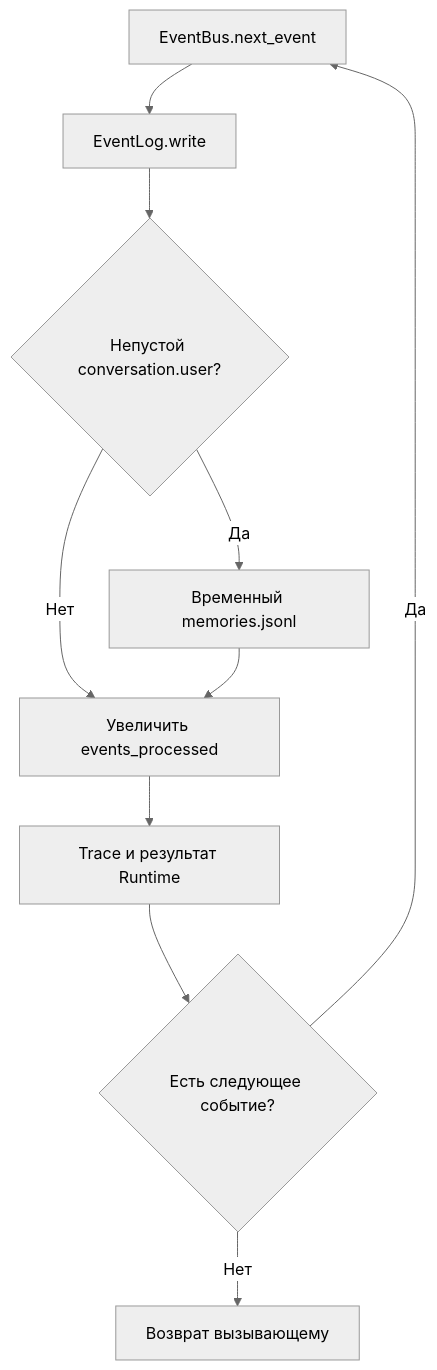
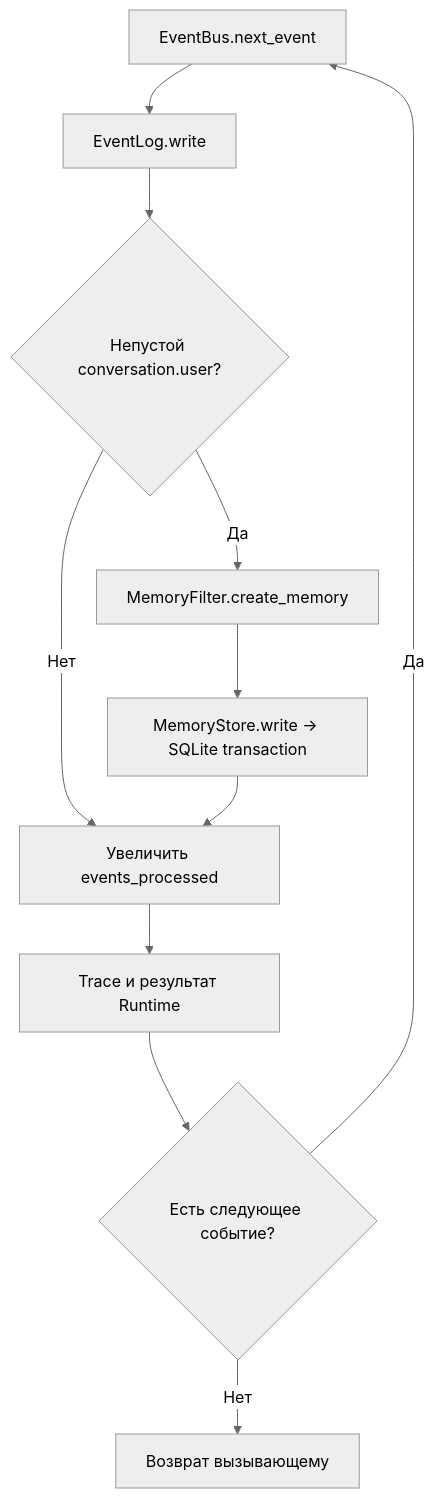
The diagram in docs/ARCHITECTURE/README.md (VankoRokh/ANIMA), drawn with Mermaid (neutral theme) before and after one commit. The commit also changed other lines of this file, not shown here.

Commit message:
docs: describe implemented SQLite memory store

````diff
--- a/docs/ARCHITECTURE/README.md
+++ b/docs/ARCHITECTURE/README.md
@@ -38,12 +36,13 @@
 ```mermaid
 flowchart TD
     Q["EventBus.next_event"] --> L["EventLog.write"]
     L --> F{"Непустой conversation.user?"}
-    F -->|Да| M["Временный memories.jsonl"]
+    F -->|Да| M["MemoryFilter.create_memory"]
+    M --> DB["MemoryStore.write → SQLite transaction"]
     F -->|Нет| S["Увеличить events_processed"]
-    M --> S
+    DB --> S
     S --> T["Trace и результат Runtime"]
     T --> N{"Есть следующее событие?"}
     N -->|Да| Q
     N -->|Нет| E["Возврат вызывающему"]
 ```
````
